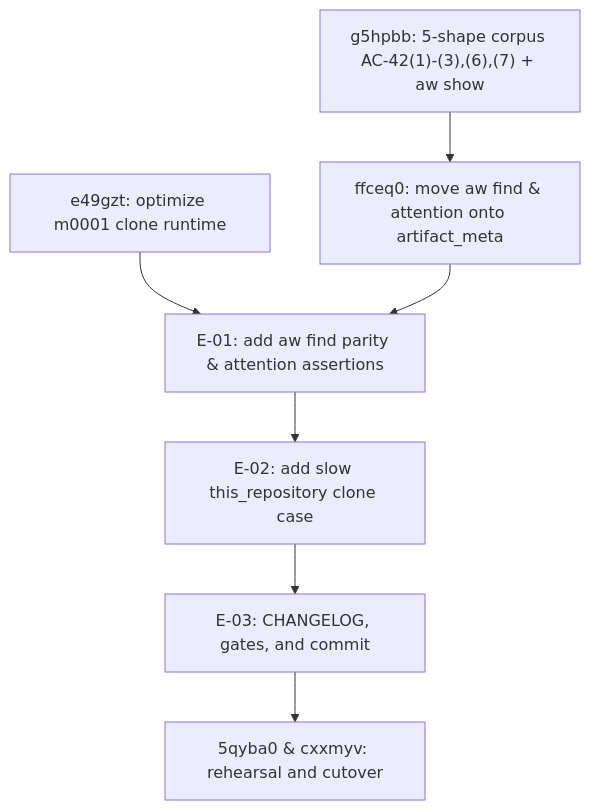
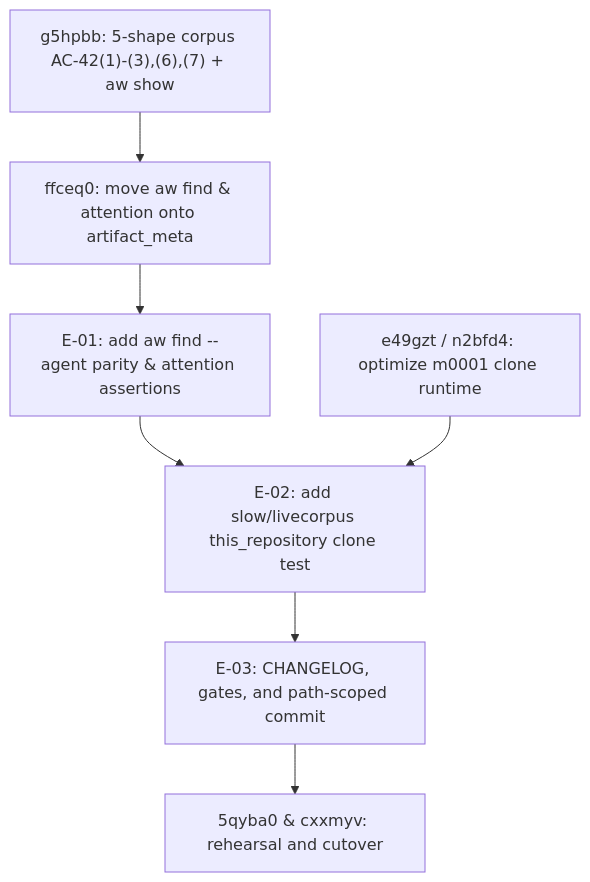
The diagram in .aw/records/plans/pending/20261117-mzw0kk-01-60mazt-verify-ac-42-aw-find-aw-attention-parity-and-clone-migration.ipd.md (fariello/agent-workflows), drawn with Mermaid before and after one commit. The commit also changed other lines of this file and 1 other file, not shown here.

````diff
--- a/.aw/records/plans/pending/20261117-mzw0kk-01-60mazt-verify-ac-42-aw-find-aw-attention-parity-and-clone-migration.ipd.md
+++ b/.aw/records/plans/pending/20261117-mzw0kk-01-60mazt-verify-ac-42-aw-find-aw-attention-parity-and-clone-migration.ipd.md
@@ -78,9 +92,9 @@
 ```mermaid
 flowchart TD
     G5["g5hpbb: 5-shape corpus AC-42(1)-(3),(6),(7) + aw show"] --> FF["ffceq0: move aw find & attention onto artifact_meta"]
-    E4["e49gzt: optimize m0001 clone runtime"] --> E01["E-01: add aw find parity & attention assertions"]
-    FF --> E01
-    E01 --> E02["E-02: add slow this_repository clone case"]
-    E02 --> E03["E-03: CHANGELOG, gates, and commit"]
+    FF --> E01["E-01: add aw find --agent parity & attention assertions"]
+    E01 --> E02["E-02: add slow/livecorpus this_repository clone test"]
+    E4["e49gzt / n2bfd4: optimize m0001 clone runtime"] --> E02
+    E02 --> E03["E-03: CHANGELOG, gates, and path-scoped commit"]
     E03 --> REH["5qyba0 & cxxmyv: rehearsal and cutover"]
 ```
````
